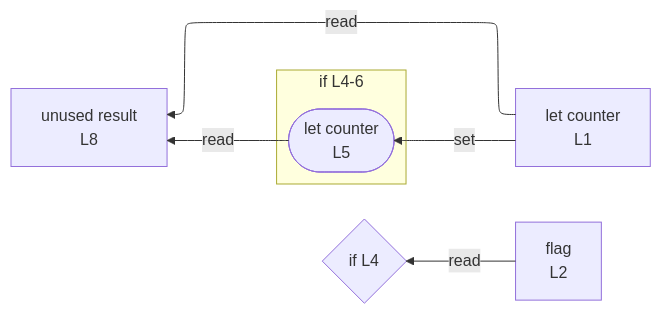
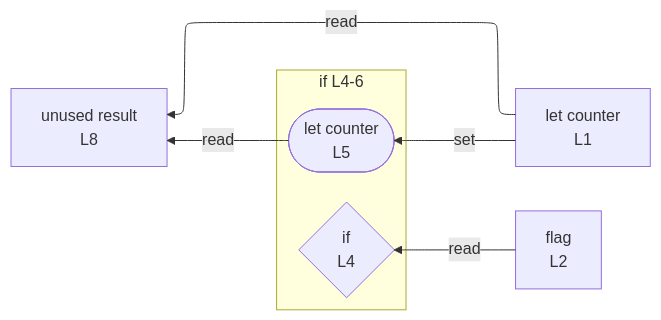
The diagram in integration/fixtures/control-if-only/preview.md (crescware/unsnarl), drawn with Mermaid before and after one commit. The commit also changed 21 other files, not shown here.

````diff
--- a/integration/fixtures/control-if-only/preview.md
+++ b/integration/fixtures/control-if-only/preview.md
@@ -18,16 +18,16 @@
 ```mermaid
 %%{init: {"flowchart": {"defaultRenderer": "elk"}}}%%
 flowchart RL
   n_scope_0_counter_4["let counter<br/>L1"]
   n_scope_0_flag_23["flag<br/>L2"]
   n_scope_0_result_73["unused result<br/>L8"]
-  if_test_scope_0_37{"if L4"}
   subgraph s_scope_1["if L4-6"]
     direction RL
+    if_test_scope_0_37{"if<br/>L4"}
     wr_ref_1(["let counter<br/>L5"])
   end
   n_scope_0_counter_4 -->|set| wr_ref_1
   n_scope_0_flag_23 -->|read| if_test_scope_0_37
   wr_ref_1 -->|read| n_scope_0_result_73
   n_scope_0_counter_4 -->|read| n_scope_0_result_73
 ```
````
